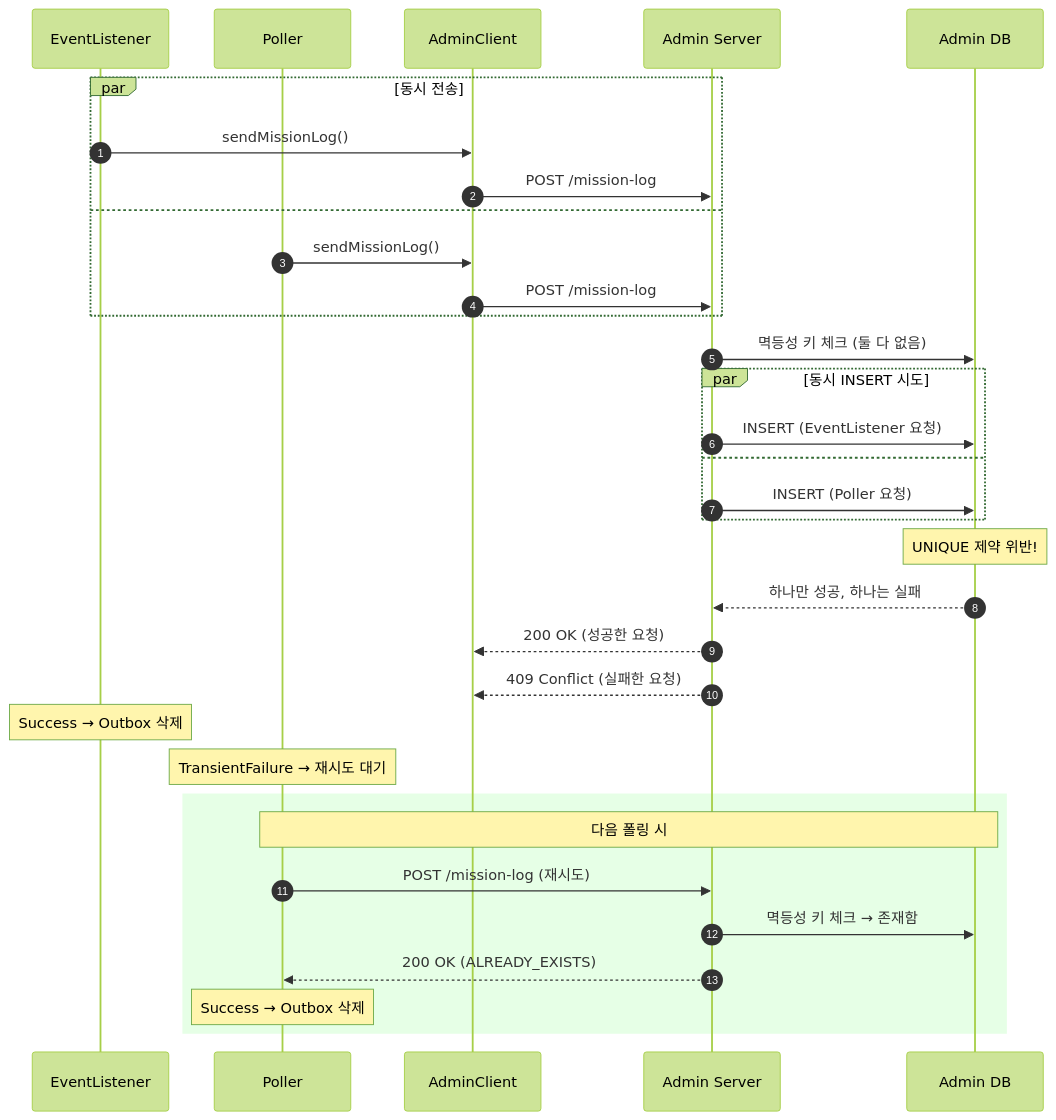
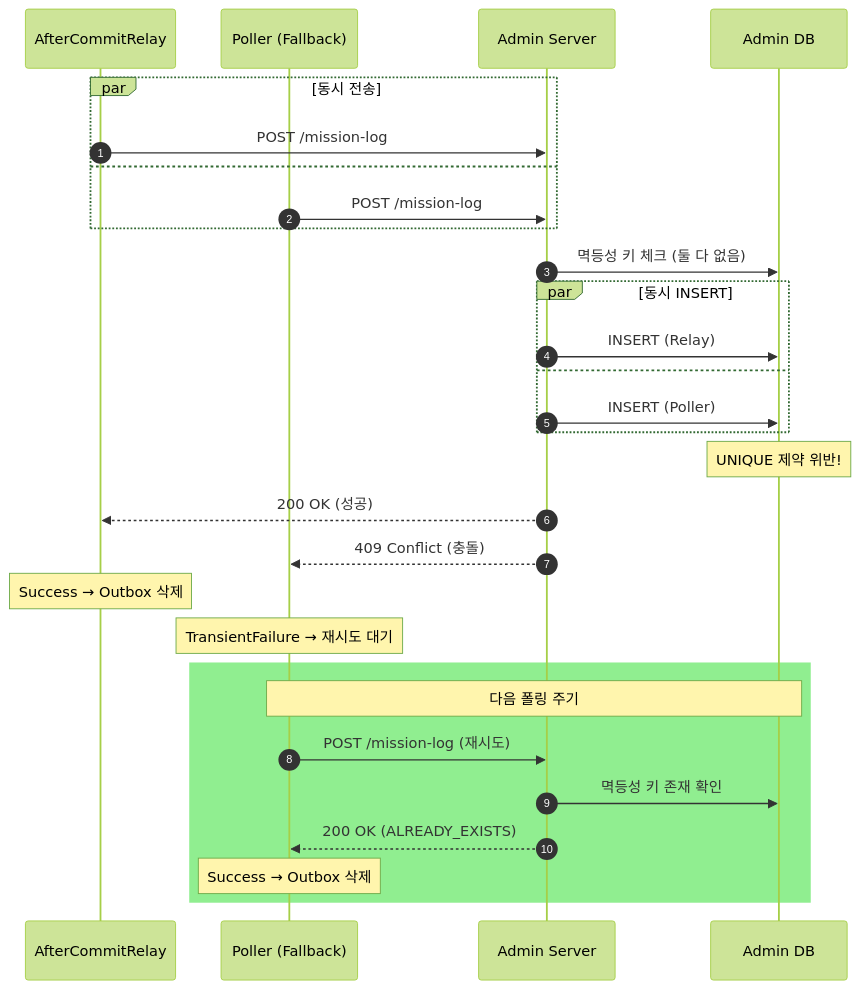
One commit to depromeet/18th-team5-server changed the third of 6 diagrams in docs/heeun/outbox-pattern-flow.md. Above: the diagram before and after it, drawn with Mermaid (forest theme). The commit also changed other lines of this file and 3 other files, not shown here.

Commit message:
docs: Outbox 플로우 다이어그램 스타일 개선 - 흐름도.png 스타일 참고 - Happy Path / Fallback 영역 색상 구분 - alt 블록으로 조건 분기 표현

````diff
--- a/docs/heeun/outbox-pattern-flow.md
+++ b/docs/heeun/outbox-pattern-flow.md
@@ -133,43 +95,38 @@
 ```mermaid
 sequenceDiagram
     autonumber
-    participant EventListener
-    participant Poller
-    participant AdminClient
+    participant Relay as AfterCommitRelay
+    participant Poller as Poller (Fallback)
     participant Admin as Admin Server
     participant AdminDB as Admin DB
 
     par 동시 전송
-        EventListener->>AdminClient: sendMissionLog()
-        AdminClient->>Admin: POST /mission-log
+        Relay->>Admin: POST /mission-log
     and
-        Poller->>AdminClient: sendMissionLog()
-        AdminClient->>Admin: POST /mission-log
+        Poller->>Admin: POST /mission-log
     end
 
     Admin->>AdminDB: 멱등성 키 체크 (둘 다 없음)
 
-    par 동시 INSERT 시도
-        Admin->>AdminDB: INSERT (EventListener 요청)
+    par 동시 INSERT
+        Admin->>AdminDB: INSERT (Relay)
     and
-        Admin->>AdminDB: INSERT (Poller 요청)
+        Admin->>AdminDB: INSERT (Poller)
     end
 
     Note over AdminDB: UNIQUE 제약 위반!
 
-    AdminDB-->>Admin: 하나만 성공, 하나는 실패
+    Admin-->>Relay: 200 OK (성공)
+    Admin-->>Poller: 409 Conflict (충돌)
 
-    Admin-->>AdminClient: 200 OK (성공한 요청)
-    Admin-->>AdminClient: 409 Conflict (실패한 요청)
-
-    Note over EventListener: Success → Outbox 삭제
+    Note over Relay: Success → Outbox 삭제
     Note over Poller: TransientFailure → 재시도 대기
 
-    rect rgb(230, 255, 230)
-        Note over Poller,AdminDB: 다음 폴링 시
+    rect rgb(144, 238, 144)
+        Note over Poller,AdminDB: 다음 폴링 주기
         Poller->>Admin: POST /mission-log (재시도)
-        Admin->>AdminDB: 멱등성 키 체크 → 존재함
+        Admin->>AdminDB: 멱등성 키 존재 확인
         Admin-->>Poller: 200 OK (ALREADY_EXISTS)
         Note over Poller: Success → Outbox 삭제
     end
 ```
````
